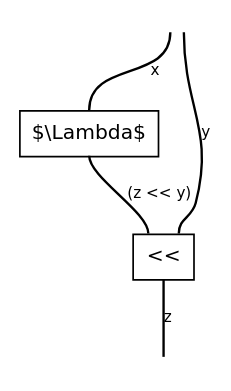
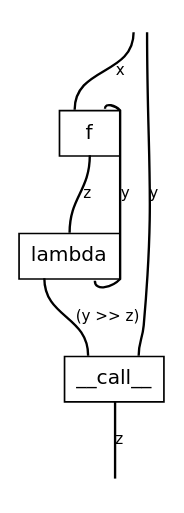
Before and after one commit to discopy/discopy: the diagram in docs/_static/cmap/biclosed-curry-left.dot, drawn with Graphviz. The commit also changed 7 other files, not shown here.

```diff
--- a/docs/_static/cmap/biclosed-curry-left.dot
+++ b/docs/_static/cmap/biclosed-curry-left.dot
@@ -1,15 +1,18 @@
 graph cmap {
   graph [bgcolor="white", fontname="DejaVu Sans", layout="dot", margin="0.04", outputorder="edgesfirst", overlap="false", rankdir="TB", splines="true"];
   node [color="black", fontname="DejaVu Sans", fontsize="12", margin="0", shape="plain"];
   edge [color="black", fontname="DejaVu Sans", fontsize="9", headclip="true", penwidth="1.4", tailclip="true"];
-  v0 [label=<<TABLE BORDER="0" CELLBORDER="0" CELLSPACING="0"><TR><TD PORT="p2" TOOLTIP="dom 0: x (up)" BORDER="0" CELLPADDING="0" COLSPAN="1" WIDTH="18" HEIGHT="0"></TD></TR><TR><TD BORDER="1" CELLPADDING="6" COLSPAN="1" WIDTH="18">$\Lambda$</TD></TR><TR><TD PORT="p3" TOOLTIP="cod 0: (z &lt;&lt; y) (down)" BORDER="0" CELLPADDING="0" COLSPAN="1" WIDTH="18" HEIGHT="0"></TD></TR></TABLE>>];
-  v1 [label=<<TABLE BORDER="0" CELLBORDER="0" CELLSPACING="0"><TR><TD PORT="p4" TOOLTIP="dom 0: (z &lt;&lt; y) (up)" BORDER="0" CELLPADDING="0" COLSPAN="1" WIDTH="18" HEIGHT="0"></TD><TD PORT="p5" TOOLTIP="dom 1: y (up)" BORDER="0" CELLPADDING="0" COLSPAN="1" WIDTH="18" HEIGHT="0"></TD></TR><TR><TD BORDER="1" CELLPADDING="6" COLSPAN="2" WIDTH="36">&lt;&lt;</TD></TR><TR><TD PORT="p6" TOOLTIP="cod 0: z (down)" BORDER="0" CELLPADDING="0" COLSPAN="2" WIDTH="36" HEIGHT="0"></TD></TR></TABLE>>];
+  v0 [label=<<TABLE BORDER="0" CELLBORDER="0" CELLSPACING="0"><TR><TD PORT="p2" TOOLTIP="dom 0: x (up)" BORDER="0" CELLPADDING="0" COLSPAN="1" WIDTH="18" HEIGHT="0"></TD><TD PORT="p3" TOOLTIP="dom 1: y (up)" BORDER="0" CELLPADDING="0" COLSPAN="1" WIDTH="18" HEIGHT="0"></TD></TR><TR><TD BORDER="1" CELLPADDING="6" COLSPAN="2" WIDTH="36">f</TD></TR><TR><TD PORT="p4" TOOLTIP="cod 0: z (down)" BORDER="0" CELLPADDING="0" COLSPAN="2" WIDTH="36" HEIGHT="0"></TD></TR></TABLE>>];
+  v1 [label=<<TABLE BORDER="0" CELLBORDER="0" CELLSPACING="0"><TR><TD PORT="p5" TOOLTIP="dom 0: z (up)" BORDER="0" CELLPADDING="0" COLSPAN="2" WIDTH="36" HEIGHT="0"></TD></TR><TR><TD BORDER="1" CELLPADDING="6" COLSPAN="2" WIDTH="36">lambda</TD></TR><TR><TD PORT="p7" TOOLTIP="cod 0: (y &gt;&gt; z) (down)" BORDER="0" CELLPADDING="0" COLSPAN="1" WIDTH="18" HEIGHT="0"></TD><TD PORT="p6" TOOLTIP="cod 1: y (down)" BORDER="0" CELLPADDING="0" COLSPAN="1" WIDTH="18" HEIGHT="0"></TD></TR></TABLE>>];
+  v2 [label=<<TABLE BORDER="0" CELLBORDER="0" CELLSPACING="0"><TR><TD PORT="p8" TOOLTIP="dom 0: (y &gt;&gt; z) (up)" BORDER="0" CELLPADDING="0" COLSPAN="1" WIDTH="18" HEIGHT="0"></TD><TD PORT="p9" TOOLTIP="dom 1: y (up)" BORDER="0" CELLPADDING="0" COLSPAN="1" WIDTH="18" HEIGHT="0"></TD></TR><TR><TD BORDER="1" CELLPADDING="6" COLSPAN="2" WIDTH="36">__call__</TD></TR><TR><TD PORT="p10" TOOLTIP="cod 0: z (down)" BORDER="0" CELLPADDING="0" COLSPAN="2" WIDTH="36" HEIGHT="0"></TD></TR></TABLE>>];
   input [label=<<TABLE BORDER="0" CELLBORDER="0" CELLSPACING="0"><TR><TD PORT="p0" TOOLTIP="input 0: x" BORDER="0" CELLPADDING="4"></TD><TD PORT="p1" TOOLTIP="input 1: y" BORDER="0" CELLPADDING="4"></TD></TR></TABLE>>];
-  output [label=<<TABLE BORDER="0" CELLBORDER="0" CELLSPACING="0"><TR><TD PORT="p7" TOOLTIP="output 0: z" BORDER="0" CELLPADDING="4"></TD></TR></TABLE>>];
+  output [label=<<TABLE BORDER="0" CELLBORDER="0" CELLSPACING="0"><TR><TD PORT="p11" TOOLTIP="output 0: z" BORDER="0" CELLPADDING="4"></TD></TR></TABLE>>];
   { rank=min; input; }
   { rank=max; output; }
   input:p0:s -- v0:p2:n [label="x", labeldistance="1.6", len="0.85"];
-  input:p1:s -- v1:p5:n [label="y", labeldistance="1.6", len="0.85"];
-  v0:p3:s -- v1:p4:n [label="(z << y)", labeldistance="1.6", len="0.85"];
-  v1:p6:s -- output:p7:n [label="z", labeldistance="1.6", len="0.85"];
+  input:p1:s -- v2:p9:n [label="y", labeldistance="1.6", len="0.85"];
+  v0:p3:n -- v1:p6:s [label="y", labeldistance="1.6", len="0.85"];
+  v0:p4:s -- v1:p5:n [label="z", labeldistance="1.6", len="0.85"];
+  v1:p7:s -- v2:p8:n [label="(y >> z)", labeldistance="1.6", len="0.85"];
+  v2:p10:s -- output:p11:n [label="z", labeldistance="1.6", len="0.85"];
 }
```
